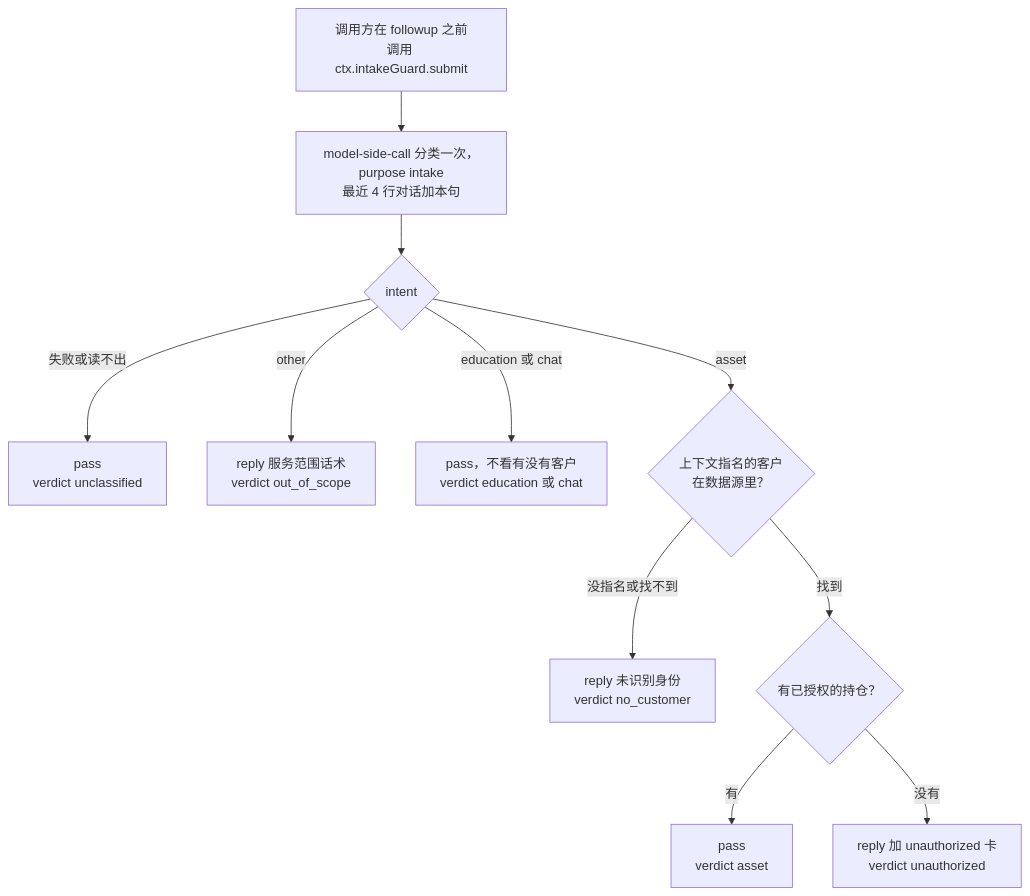
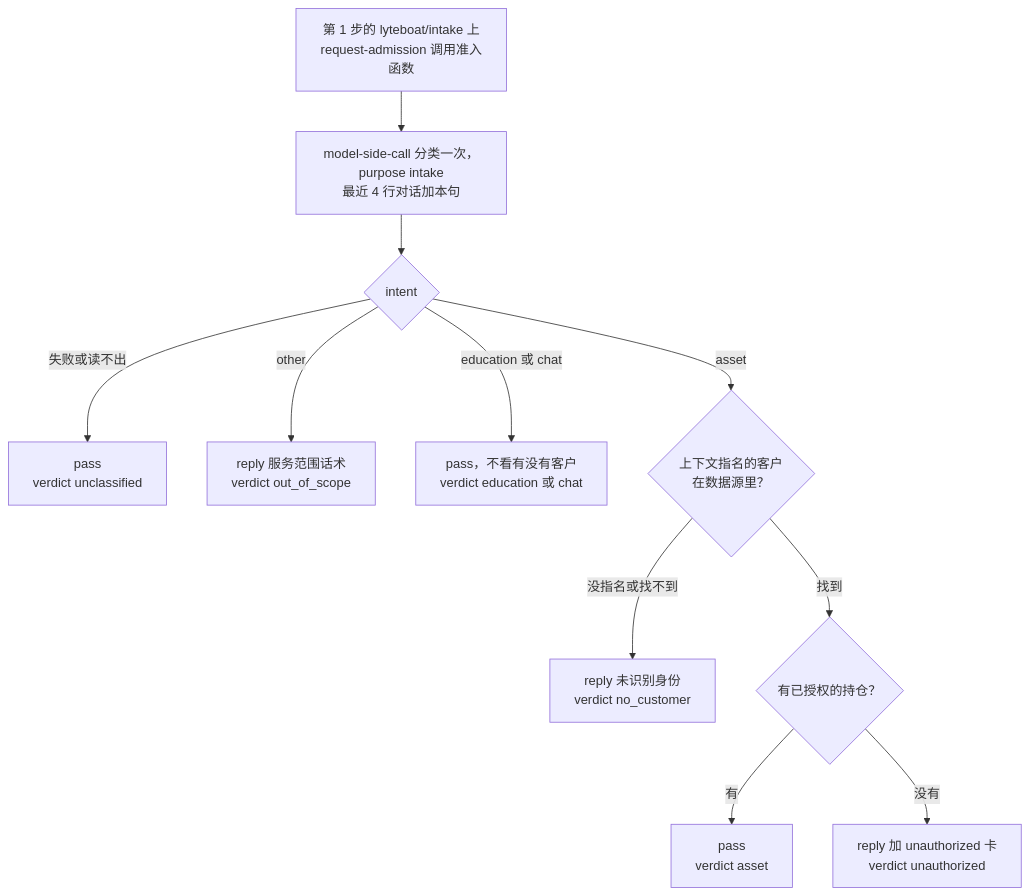
One commit to lyteboat/lyteboat changed the first of 3 diagrams in docs/04-reference-alignment.md. Above: the diagram before and after it, drawn with Mermaid. The commit also changed other lines of this file and 7 other files, not shown here.

First line of the commit message:
docs: @lyteboat/request-admission — the docs describe admission at each turn's first step

````diff
--- a/docs/04-reference-alignment.md
+++ b/docs/04-reference-alignment.md
@@ -611,13 +611,13 @@
 ```mermaid
 flowchart TB
-  A["调用方在 followup 之前<br/>调用 ctx.intakeGuard.submit"] --> G["model-side-call 分类一次，purpose intake<br/>最近 4 行对话加本句"]
+  A["第 1 步的 lyteboat/intake 上<br/>request-admission 调用准入函数"] --> G["model-side-call 分类一次，purpose intake<br/>最近 4 行对话加本句"]
   G --> I{"intent"}
   I -->|"失败或读不出"| P1["pass<br/>verdict unclassified"]
   I -->|"other"| O["reply 服务范围话术<br/>verdict out_of_scope"]
   I -->|"education 或 chat"| P2["pass，不看有没有客户<br/>verdict education 或 chat"]
   I -->|"asset"| B{"上下文指名的客户<br/>在数据源里？"}
   B -->|"没指名或找不到"| N["reply 未识别身份<br/>verdict no_customer"]
   B -->|"找到"| U{"有已授权的持仓？"}
   U -->|"有"| P3["pass<br/>verdict asset"]
   U -->|"没有"| R["reply 加 unauthorized 卡<br/>verdict unauthorized"]
 ```
````
